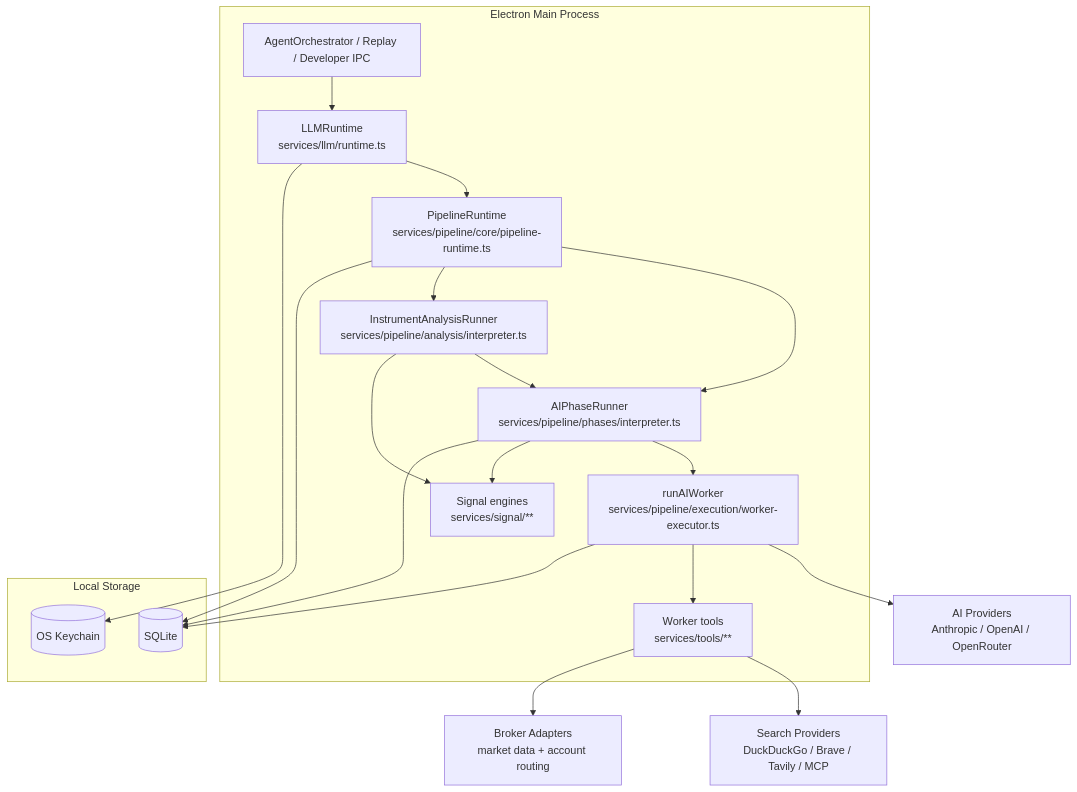
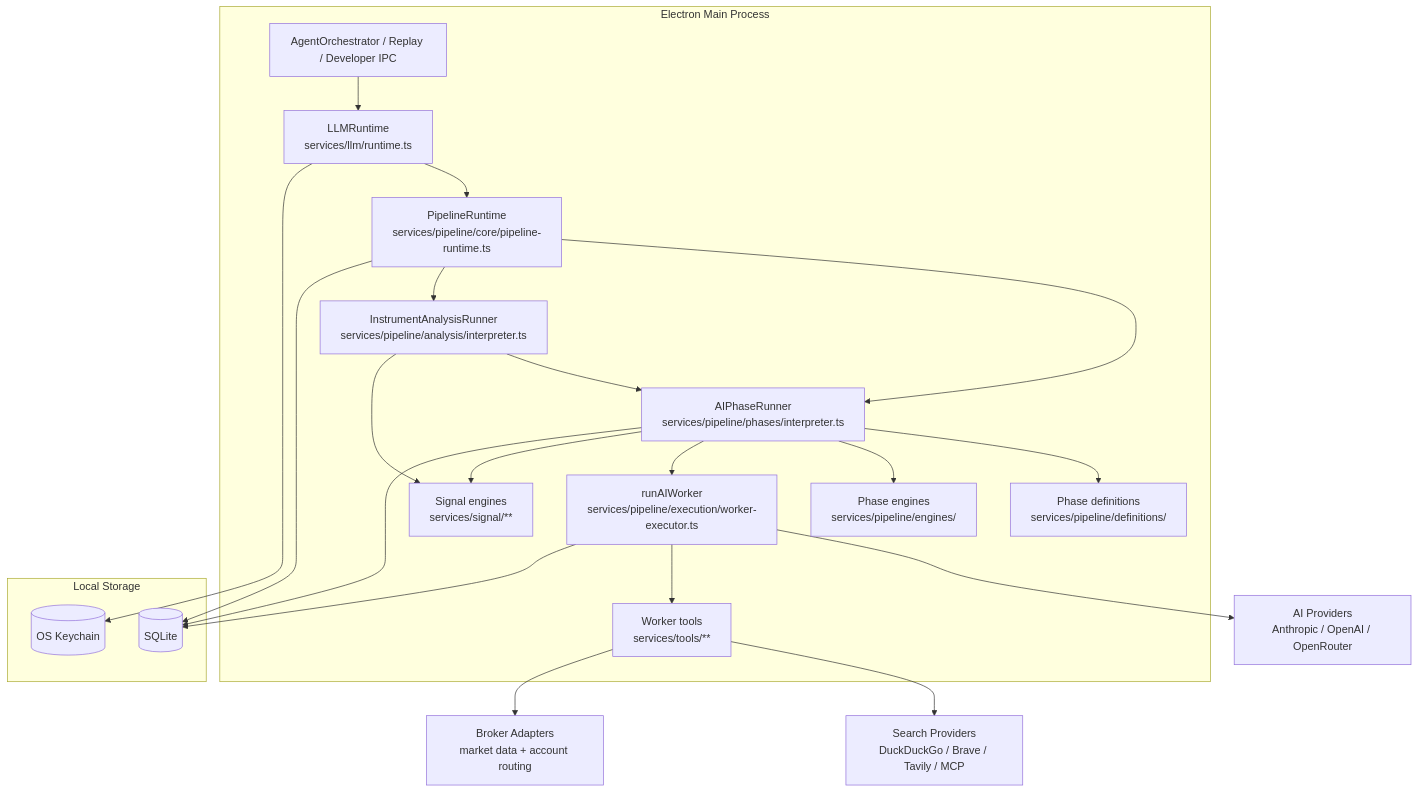
Before and after one commit to KennethAtchon/Exva: the first of 9 diagrams in docs/architecture/pipeline-runtime.md, drawn with Mermaid. The commit also changed other lines of this file and 19 other files, not shown here.

First line of the commit message:
Implement definition-first pipeline architecture and enhance phase organization

````diff
--- a/docs/architecture/pipeline-runtime.md
+++ b/docs/architecture/pipeline-runtime.md
@@ -18,36 +20,40 @@
 ```mermaid
 graph TB
     subgraph Main["Electron Main Process"]
         Orchestrator["AgentOrchestrator / Replay / Developer IPC"]
         LLM["LLMRuntime\nservices/llm/runtime.ts"]
         Pipeline["PipelineRuntime\nservices/pipeline/core/pipeline-runtime.ts"]
         PhaseRunner["AIPhaseRunner\nservices/pipeline/phases/interpreter.ts"]
         AnalysisRunner["InstrumentAnalysisRunner\nservices/pipeline/analysis/interpreter.ts"]
+        Definitions["Phase definitions\nservices/pipeline/definitions/"]
+        PhaseEngines["Phase engines\nservices/pipeline/engines/"]
         Worker["runAIWorker\nservices/pipeline/execution/worker-executor.ts"]
         Signals["Signal engines\nservices/signal/**"]
         Tools["Worker tools\nservices/tools/**"]
     end
     subgraph Storage["Local Storage"]
         DB[("SQLite")]
         Keychain[("OS Keychain")]
     end
     AI["AI Providers\nAnthropic / OpenAI / OpenRouter"]
     Search["Search Providers\nDuckDuckGo / Brave / Tavily / MCP"]
     Brokers["Broker Adapters\nmarket data + account routing"]
 
     Orchestrator --> LLM --> Pipeline
     Pipeline --> PhaseRunner
     Pipeline --> AnalysisRunner
     AnalysisRunner --> PhaseRunner
+    PhaseRunner --> Definitions
+    PhaseRunner --> PhaseEngines
     PhaseRunner --> Worker
     Worker --> AI
     Worker --> Tools
     Tools --> Search
     Tools --> Brokers
     PhaseRunner --> Signals
     AnalysisRunner --> Signals
     Worker --> DB
     PhaseRunner --> DB
     Pipeline --> DB
     LLM --> Keychain
 ```
````
